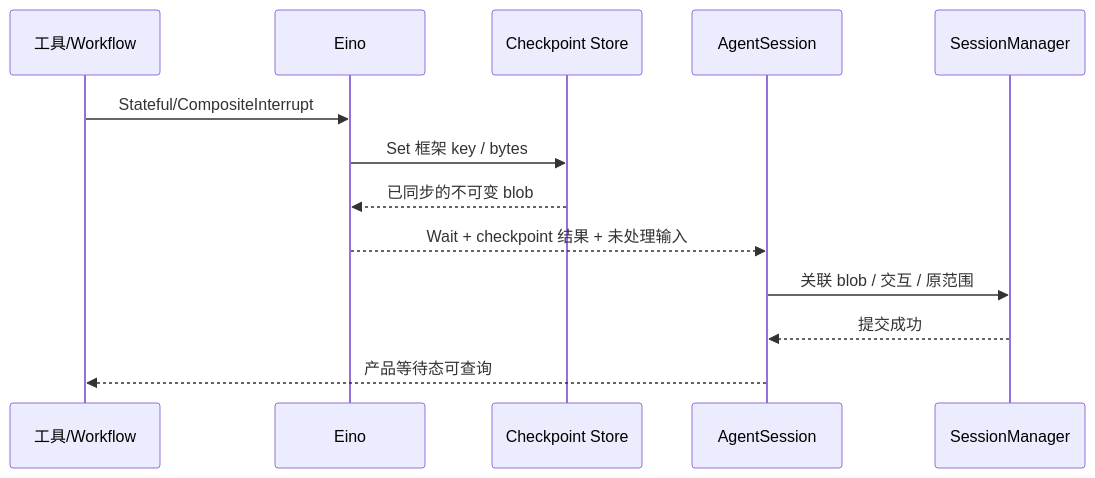
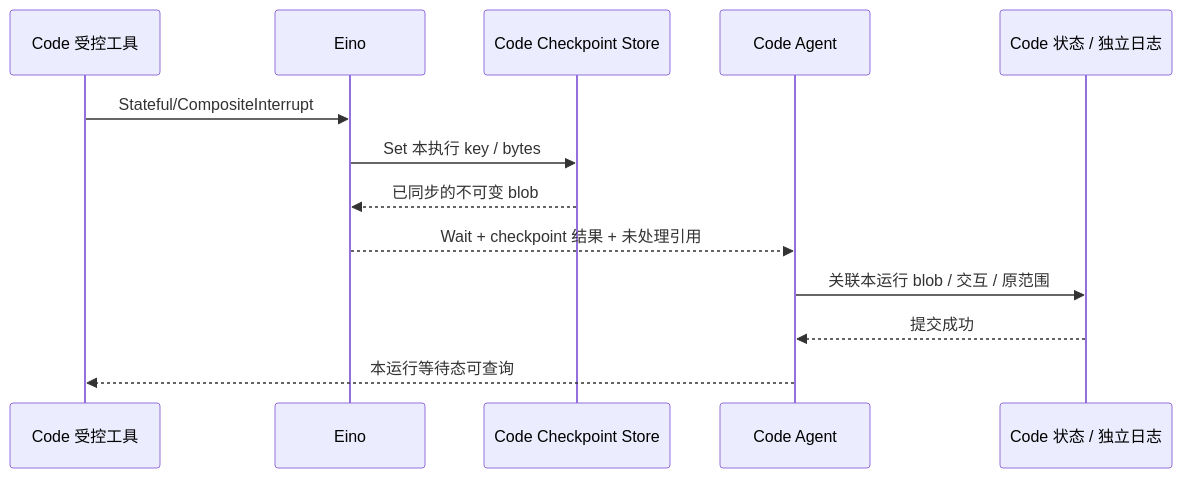
One commit to ww1489/seasprak changed the third of 4 diagrams in docs/pi-eino-dev-plan/09-persistence-and-recovery.md. Above: the diagram before and after it, drawn with Mermaid. The commit also changed other lines of this file and 904 other files, not shown here.

````diff
--- a/docs/pi-eino-dev-plan/09-persistence-and-recovery.md
+++ b/docs/pi-eino-dev-plan/09-persistence-and-recovery.md
@@ -115,15 +127,15 @@
 ```mermaid
 sequenceDiagram
-    participant T as 工具/Workflow
+    participant T as Code 受控工具
     participant E as Eino
-    participant B as Checkpoint Store
-    participant S as AgentSession
-    participant H as SessionManager
+    participant B as Code Checkpoint Store
+    participant S as Code Agent
+    participant H as Code 状态 / 独立日志
     T->>E: Stateful/CompositeInterrupt
-    E->>B: Set 框架 key / bytes
+    E->>B: Set 本执行 key / bytes
     B-->>E: 已同步的不可变 blob
-    E-->>S: Wait + checkpoint 结果 + 未处理输入
-    S->>H: 关联 blob / 交互 / 原范围
+    E-->>S: Wait + checkpoint 结果 + 未处理引用
+    S->>H: 关联本运行 blob / 交互 / 原范围
     H-->>S: 提交成功
-    S-->>T: 产品等待态可查询
+    S-->>T: 本运行等待态可查询
 ```
````
